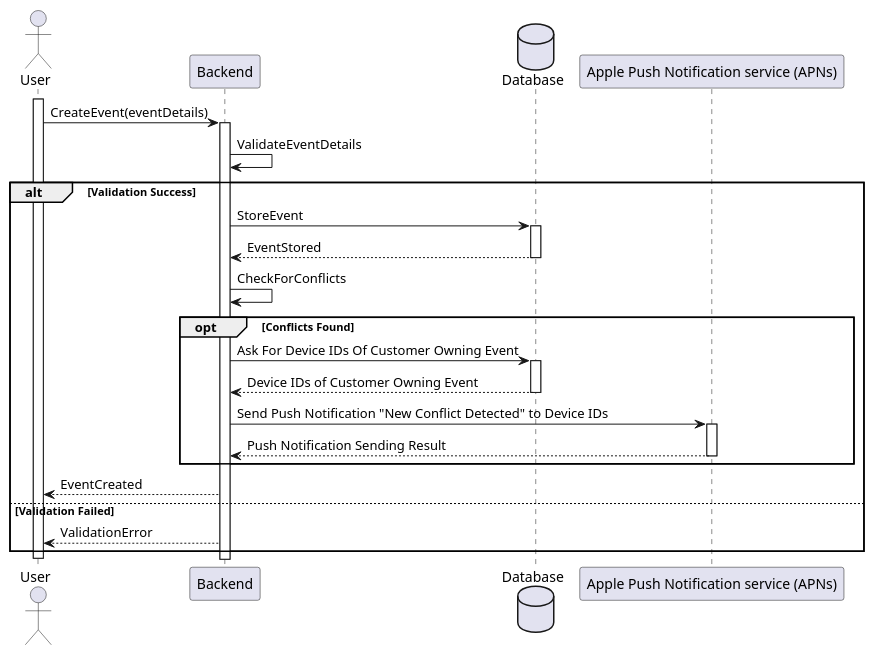
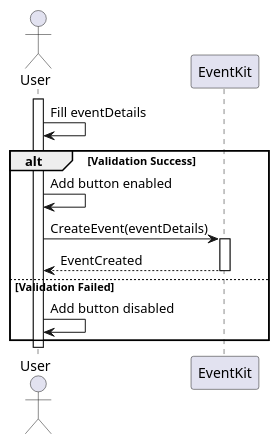
Before and after one commit to jadwalapp/symmetrical-spoon: diagram 11 of 14 in docs/diagrams/sequence-diagrams/all-sequence-diagrams.puml, drawn with PlantUML. The commit also changed other lines of this file and 21 other files, not shown here.

```diff
--- a/docs/diagrams/sequence-diagrams/all-sequence-diagrams.puml
+++ b/docs/diagrams/sequence-diagrams/all-sequence-diagrams.puml
@@ -435,32 +435,18 @@
 @startuml Add Event Manually
 actor User
-participant Backend
-database Database
-participant "Apple Push Notification service (APNs)" as APN
+participant EventKit
 
 activate User
 
-User -> Backend ++ : CreateEvent(eventDetails)
-
-Backend -> Backend : ValidateEventDetails
+User -> User : Fill eventDetails
 alt Validation Success
-    Backend -> Database ++ : StoreEvent
-    Database --> Backend -- : EventStored
-    
-    Backend -> Backend : CheckForConflicts
-    opt Conflicts Found
-        Backend -> Database ++ : Ask For Device IDs Of Customer Owning Event
-        Database --> Backend -- : Device IDs of Customer Owning Event
-        
-        Backend -> APN ++ : Send Push Notification "New Conflict Detected" to Device IDs
-        APN --> Backend -- : Push Notification Sending Result
-    end
-    
-    Backend --> User : EventCreated
+    User -> User : Add button enabled
+    User -> EventKit ++ : CreateEvent(eventDetails)
+    EventKit --> User -- : EventCreated
 else Validation Failed
-    Backend --> User : ValidationError
+    User -> User : Add button disabled
 end
 
 deactivate User
 
 @enduml
```
